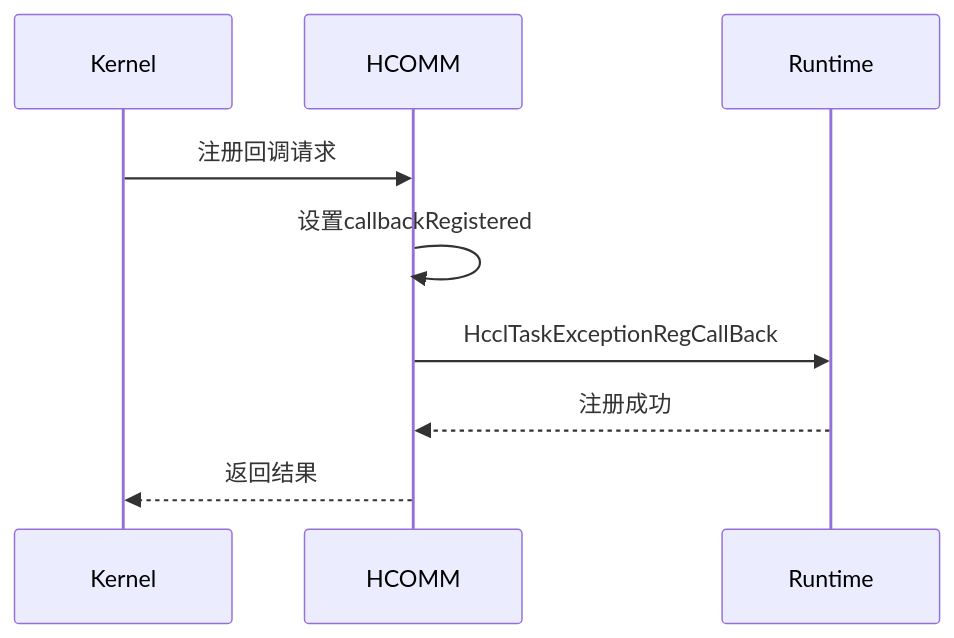
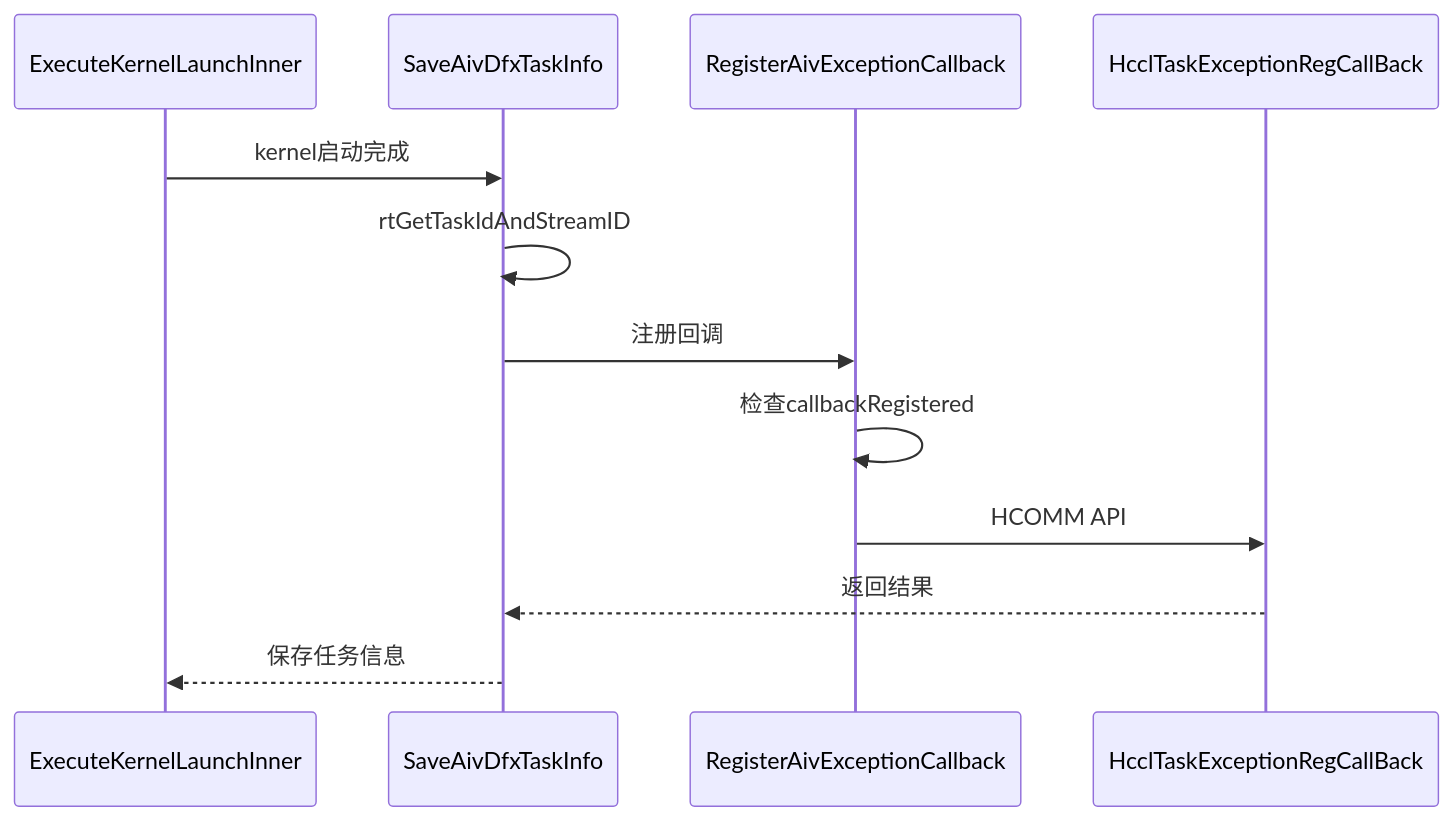
Before and after one commit to libochao-huawei/HCCL: the fifth of 8 diagrams in docs/AIV_Task_Exception_Handler_Design.md, drawn with Mermaid. The commit also changed other lines of this file, not shown here.

````diff
--- a/docs/AIV_Task_Exception_Handler_Design.md
+++ b/docs/AIV_Task_Exception_Handler_Design.md
@@ -169,12 +177,15 @@
 ```mermaid
 sequenceDiagram
-    participant K as Kernel
-    participant H as HCOMM
-    participant R as Runtime
+    participant K as ExecuteKernelLaunchInner
+    participant S as SaveAivDfxTaskInfo
+    participant R as RegisterAivExceptionCallback
+    participant H as HcclTaskExceptionRegCallBack
     
-    K->>H: 注册回调请求
-    H->>H: 设置callbackRegistered
-    H->>R: HcclTaskExceptionRegCallBack
-    R-->>H: 注册成功
-    H-->>K: 返回结果
+    K->>S: kernel启动完成
+    S->>S: rtGetTaskIdAndStreamID
+    S->>R: 注册回调
+    R->>R: 检查callbackRegistered
+    R->>H: HCOMM API
+    H-->>S: 返回结果
+    S-->>K: 保存任务信息
 ```
````
